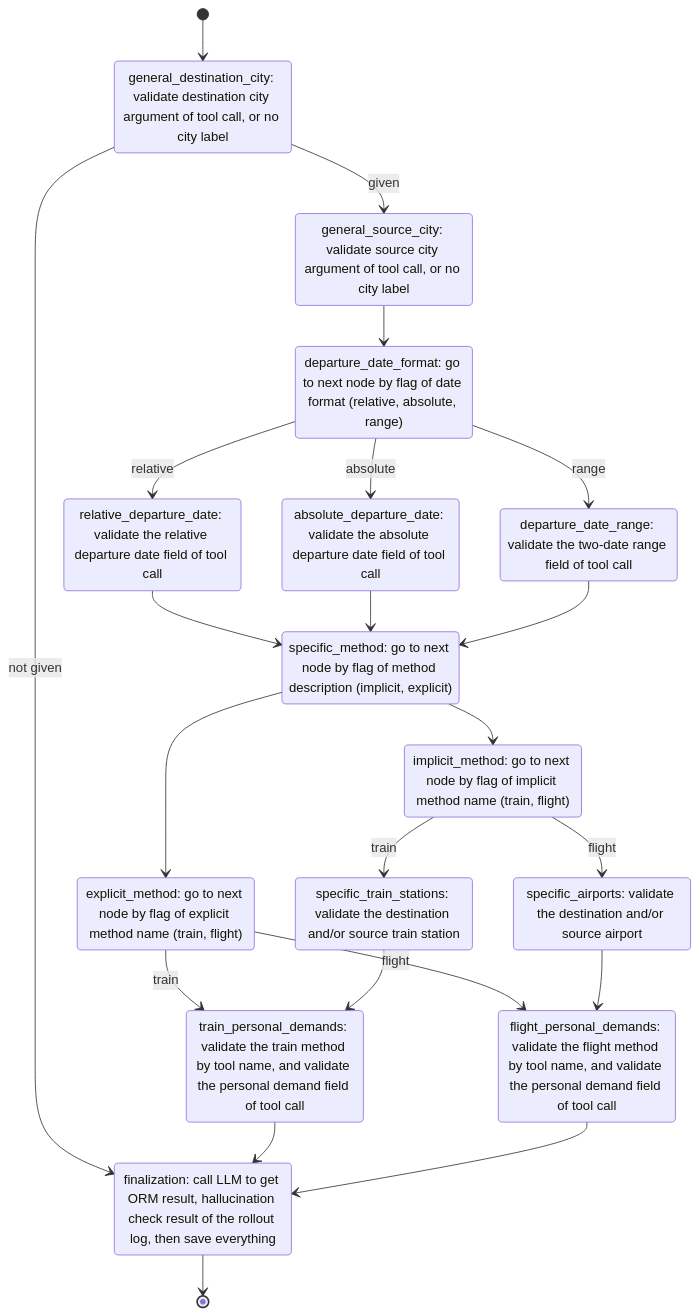
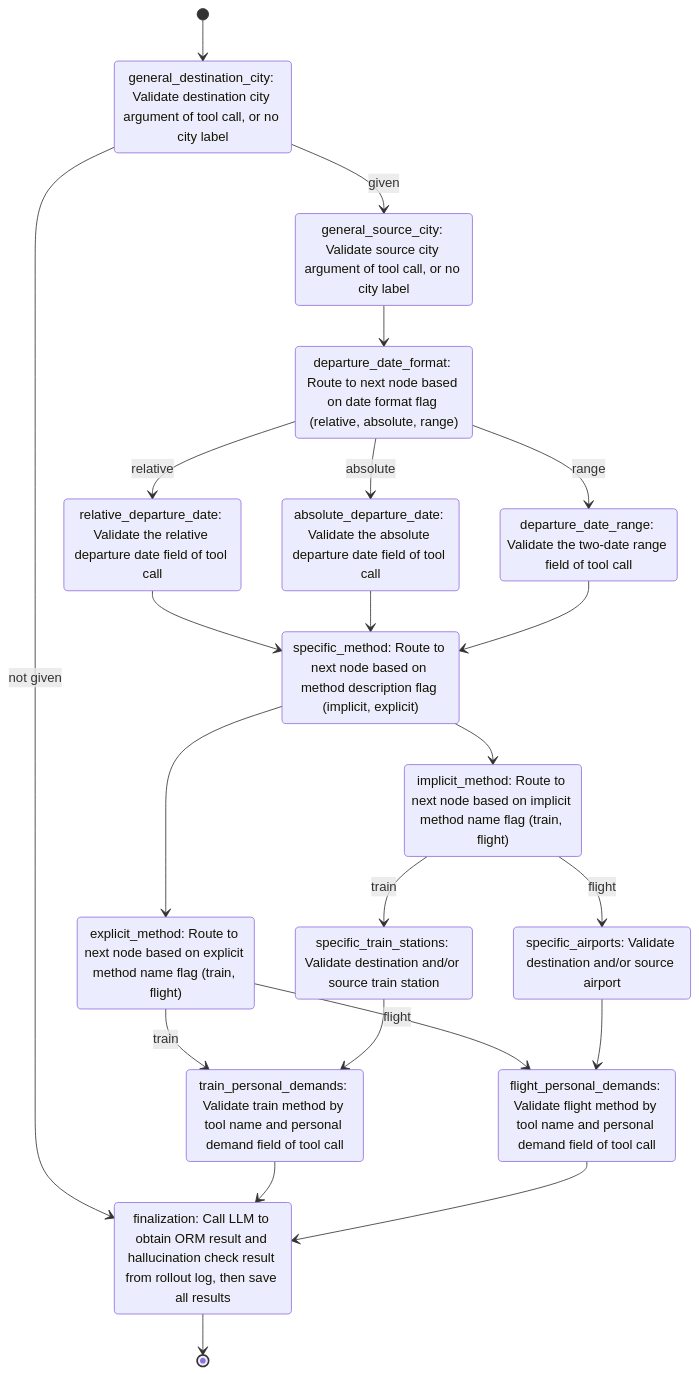
The third of 3 diagrams in README.md (0-1CxH/Prodxy), drawn with Mermaid before and after one commit. The commit also changed other lines of this file and 3 other files, not shown here.

````diff
--- a/README.md
+++ b/README.md
@@ -168,45 +449,45 @@
 ```mermaid
 stateDiagram-v2
-    state "general_destination_city: validate destination city argument of tool call, or no city label" as general_destination_city
-    state "general_source_city: validate source city argument of tool call, or no city label" as general_source_city
-    state "departure_date_format: go to next node by flag of date format (relative, absolute, range)" as departure_date_format
-    state "relative_departure_date: validate the relative departure date field of tool call" as relative_departure_date
-    state "absolute_departure_date: validate the absolute departure date field of tool call" as absolute_departure_date
-    state "departure_date_range: validate the two-date range field of tool call" as departure_date_range
-    state "specific_method: go to next node by flag of method description (implicit, explicit)" as specific_method
-    state "explicit_method: go to next node by flag of explicit method name (train, flight)" as explicit_method
-    state "implicit_method: go to next node by flag of implicit method name (train, flight)" as implicit_method
-    state "specific_train_stations: validate the destination and/or source train station" as specific_train_stations
-    state "specific_airports: validate the destination and/or source airport" as specific_airports
-    state "train_personal_demands: validate the train method by tool name, and validate the personal demand field of tool call" as train_personal_demands
-    state "flight_personal_demands: validate the flight method by tool name, and validate the personal demand field of tool call" as flight_personal_demands
-    state "finalization: call LLM to get ORM result, hallucination check result of the rollout log, then save everything" as finalization
+    state "general_destination_city: Validate destination city argument of tool call, or no city label" as general_destination_city
+    state "general_source_city: Validate source city argument of tool call, or no city label" as general_source_city
+    state "departure_date_format: Route to next node based on date format flag (relative, absolute, range)" as departure_date_format
+    state "relative_departure_date: Validate the relative departure date field of tool call" as relative_departure_date
+    state "absolute_departure_date: Validate the absolute departure date field of tool call" as absolute_departure_date
+    state "departure_date_range: Validate the two-date range field of tool call" as departure_date_range
+    state "specific_method: Route to next node based on method description flag (implicit, explicit)" as specific_method
+    state "explicit_method: Route to next node based on explicit method name flag (train, flight)" as explicit_method
+    state "implicit_method: Route to next node based on implicit method name flag (train, flight)" as implicit_method
+    state "specific_train_stations: Validate destination and/or source train station" as specific_train_stations
+    state "specific_airports: Validate destination and/or source airport" as specific_airports
+    state "train_personal_demands: Validate train method by tool name and personal demand field of tool call" as train_personal_demands
+    state "flight_personal_demands: Validate flight method by tool name and personal demand field of tool call" as flight_personal_demands
+    state "finalization: Call LLM to obtain ORM result and hallucination check result from rollout log, then save all results" as finalization
 
     [*] --> general_destination_city
     general_destination_city --> finalization : not given
     general_destination_city --> general_source_city : given
     general_source_city --> departure_date_format
 
     departure_date_format --> relative_departure_date: relative
     relative_departure_date --> specific_method
     departure_date_format --> absolute_departure_date: absolute
     absolute_departure_date --> specific_method
     departure_date_format --> departure_date_range: range
     departure_date_range --> specific_method
     
     specific_method --> explicit_method
     specific_method --> implicit_method
     
     explicit_method --> train_personal_demands: train
     explicit_method --> flight_personal_demands: flight
     
     implicit_method --> specific_train_stations: train
     implicit_method --> specific_airports: flight
 
     specific_train_stations --> train_personal_demands
     specific_airports --> flight_personal_demands
 
     train_personal_demands --> finalization
     flight_personal_demands --> finalization
     finalization --> [*]
 ```
````
